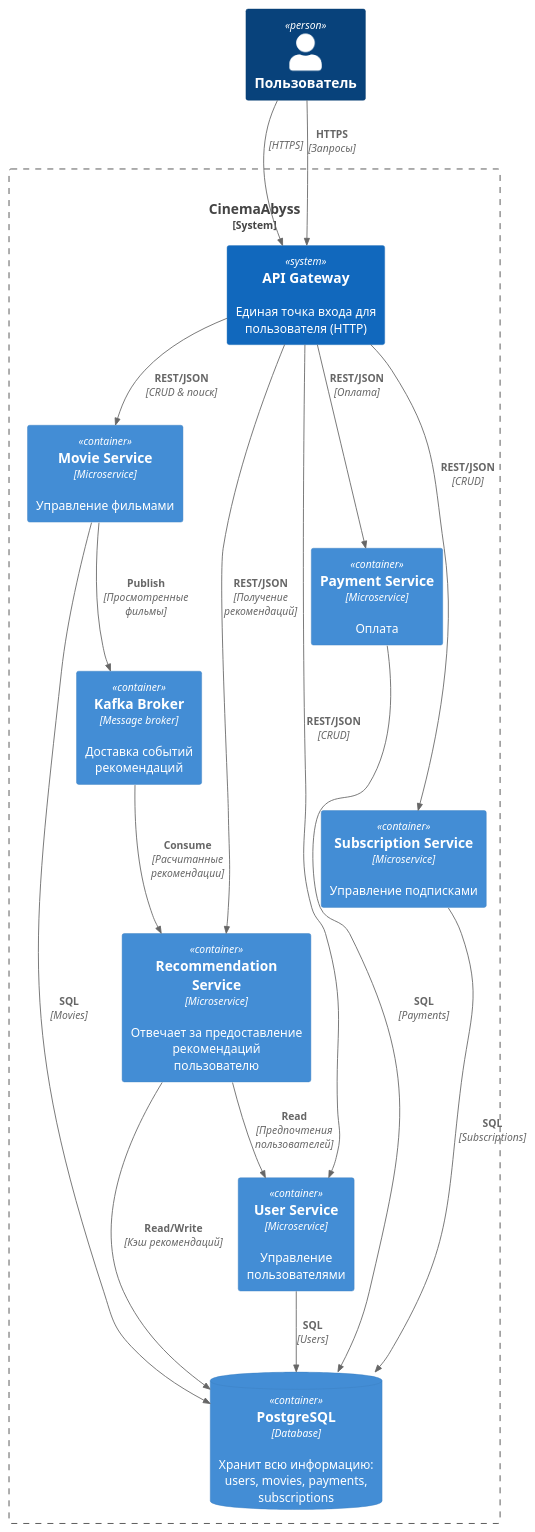
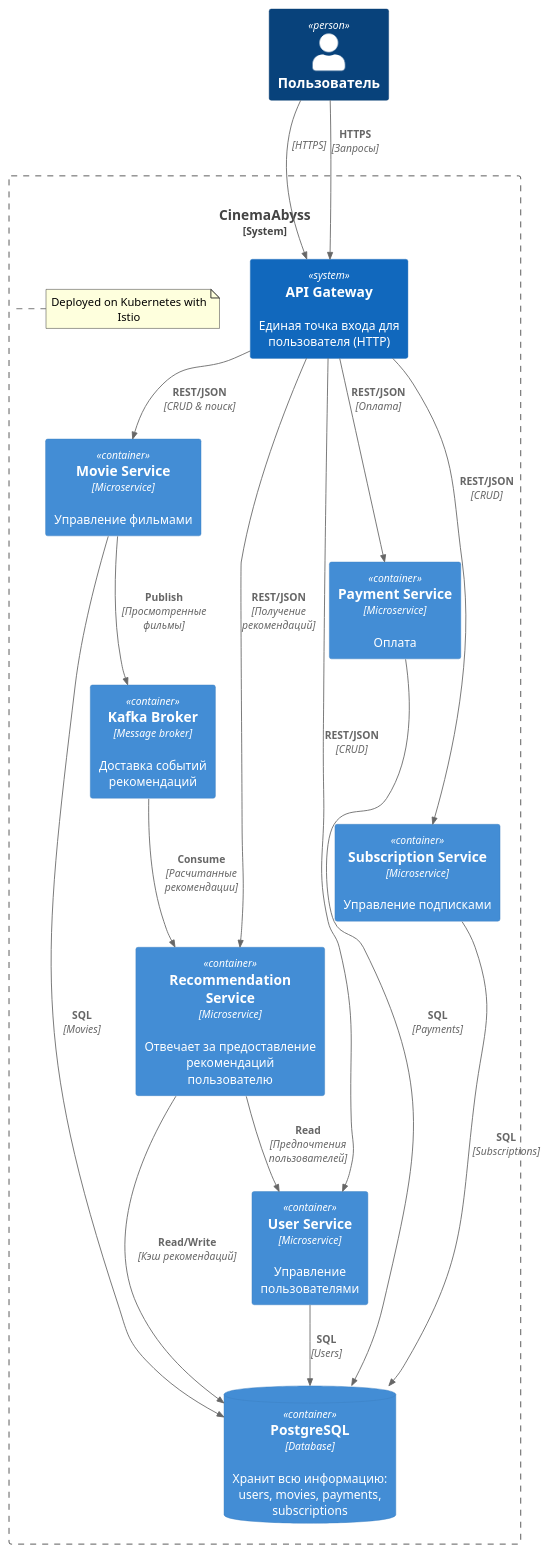
The diagram in schemas/index.puml (MyznikovAP/Yandex-Practicum-Cinemaabyss), drawn with PlantUML before and after one commit.

```diff
--- a/schemas/index.puml
+++ b/schemas/index.puml
@@ -1,43 +1,45 @@
 @startuml
 !includeurl https://raw.githubusercontent.com/plantuml-stdlib/C4-PlantUML/master/C4_Context.puml
 !includeurl https://raw.githubusercontent.com/plantuml-stdlib/C4-PlantUML/master/C4_Container.puml
 !includeurl https://raw.githubusercontent.com/plantuml-stdlib/C4-PlantUML/master/C4_Component.puml
 
 ' Контекст-Система
 Person(user, "Пользователь", "")
 System_Boundary(cinema, "CinemaAbyss") {
+  note right of cinema : Deployed on Kubernetes with Istio
+
   System(apiGateway, "API Gateway", "Единая точка входа для пользователя (HTTP)")
   ContainerDb(db, "PostgreSQL", "Database", "Хранит всю информацию: users, movies, payments, subscriptions")
   Container(userService, "User Service", "Microservice", "Управление пользователями")
   Container(movieService, "Movie Service", "Microservice", "Управление фильмами")
   Container(paymentService, "Payment Service", "Microservice", "Оплата")
   Container(subscriptionService, "Subscription Service", "Microservice", "Управление подписками")
 
   Container(kafka, "Kafka Broker", "Message broker", "Доставка событий рекомендаций")
   Container(recommendationService, "Recommendation Service", "Microservice", "Отвечает за предоставление рекомендаций пользователю")
 }
 Rel(user, apiGateway, "", "HTTPS")
 
 ' Связи контейнеров
 Rel(apiGateway, userService, "REST/JSON", "CRUD")
 Rel(apiGateway, movieService, "REST/JSON", "CRUD & поиск")
 Rel(apiGateway, paymentService, "REST/JSON", "Оплата")
 Rel(apiGateway, subscriptionService, "REST/JSON", "CRUD")
 Rel(apiGateway, recommendationService, "REST/JSON", "Получение рекомендаций")
 
 ' Хранение данных
 Rel(userService, db, "SQL", "Users")
 Rel(movieService, db, "SQL", "Movies")
 Rel(paymentService, db, "SQL", "Payments")
 Rel(subscriptionService, db, "SQL", "Subscriptions")
 
 ' Рекомендации в Kafka
 Rel(movieService, kafka, "Publish", "Просмотренные фильмы")
 Rel(kafka, recommendationService, "Consume", "Расчитанные рекомендации")
 Rel(recommendationService, userService, "Read", "Предпочтения пользователей")
 Rel(recommendationService, db, "Read/Write", "Кэш рекомендаций")
 
 ' apiGateway
 Rel(user, apiGateway, "HTTPS", "Запросы")
 
 @enduml
```
